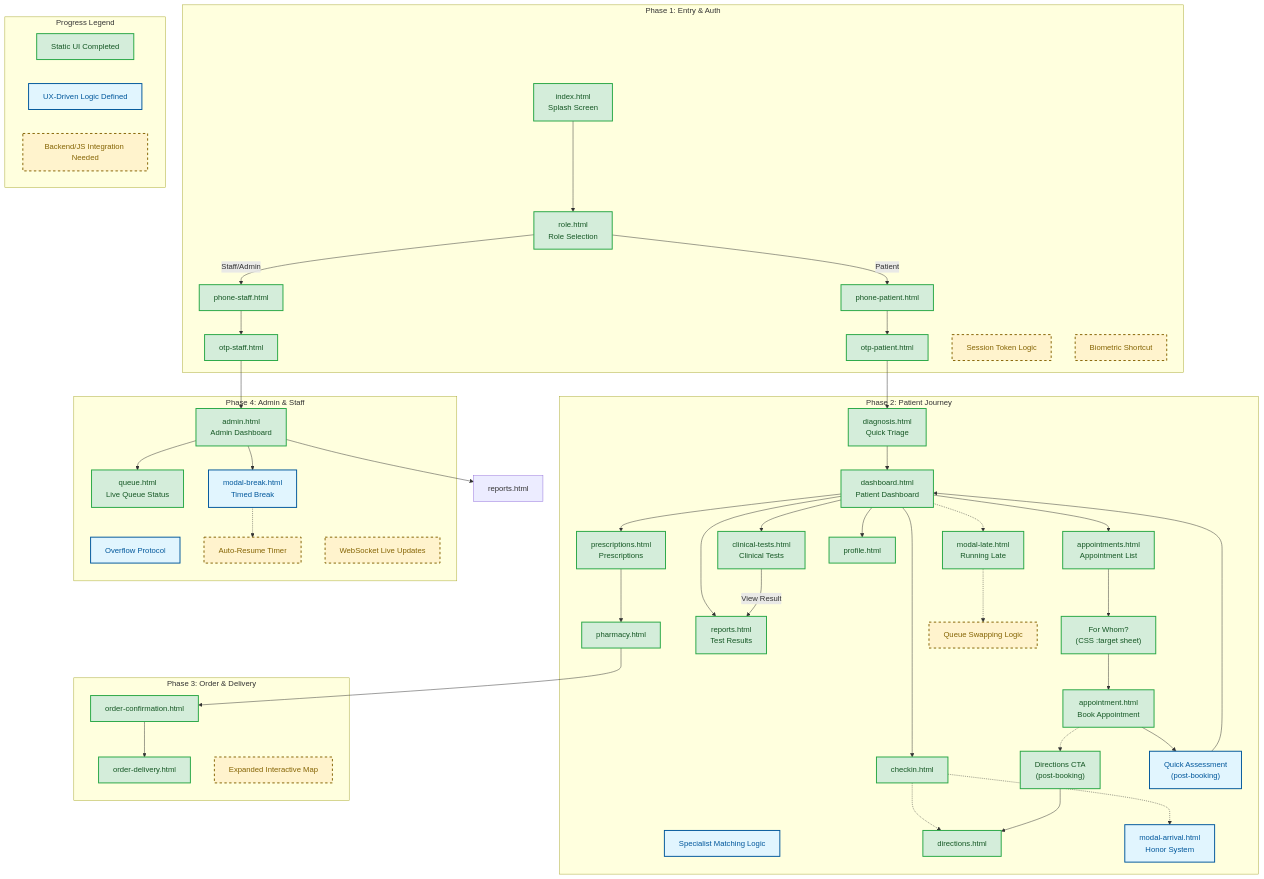
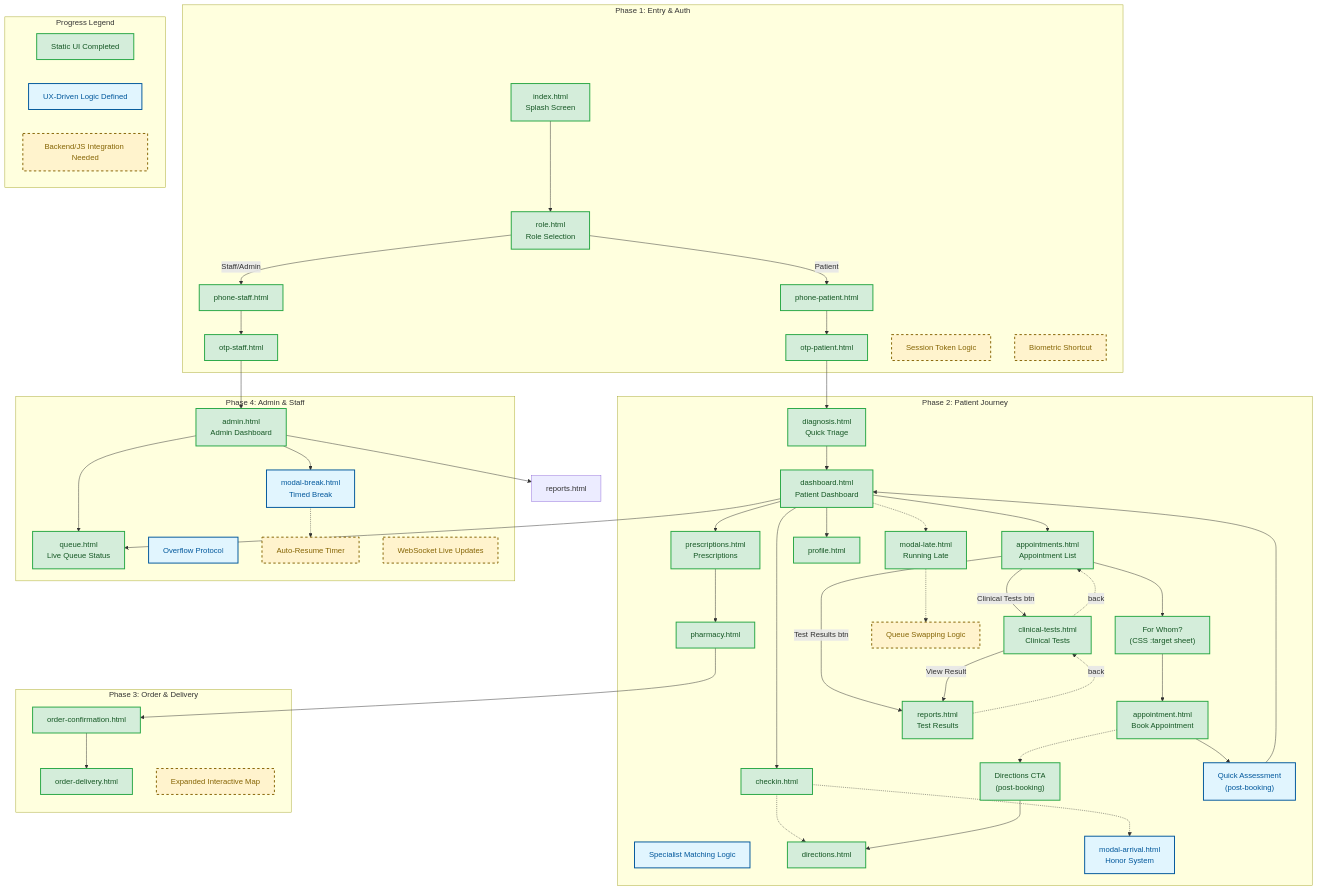
The diagram in ARCHITECTURE.md (adithyaekanayaka/adithyaekanayaka.github.io), drawn with Mermaid before and after one commit. The commit also changed other lines of this file and 3 other files, not shown here.

```diff
--- a/ARCHITECTURE.md
+++ b/ARCHITECTURE.md
@@ -70,15 +70,19 @@
     Role -->|Staff/Admin| SPhone --> SOTP --> AdminD
     
     Diag --> Dash
-    Dash --> CheckIn & ApptList & ClinTests & Reports & Rx & Profile
+    Dash --> CheckIn & ApptList & Rx & Queue & Profile
     CheckIn -.-> Directions
     ApptList --> ForWhom --> Appts
+    ApptList -->|Clinical Tests btn| ClinTests
+    ApptList -->|Test Results btn| Reports
     Appts --> QuickAssess --> Dash
     Appts -.-> ApptDirections
     Rx --> Pharm
     ApptDirections --> Directions
     
     ClinTests -->|View Result| Reports
+    ClinTests -.->|back| ApptList
+    Reports -.->|back| ClinTests
     
     CheckIn -.-> Honor
     Dash -.-> Late
```
